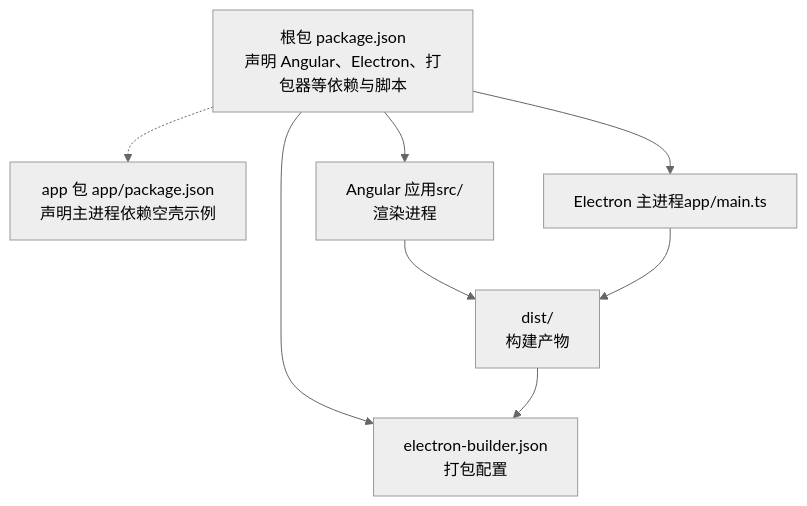
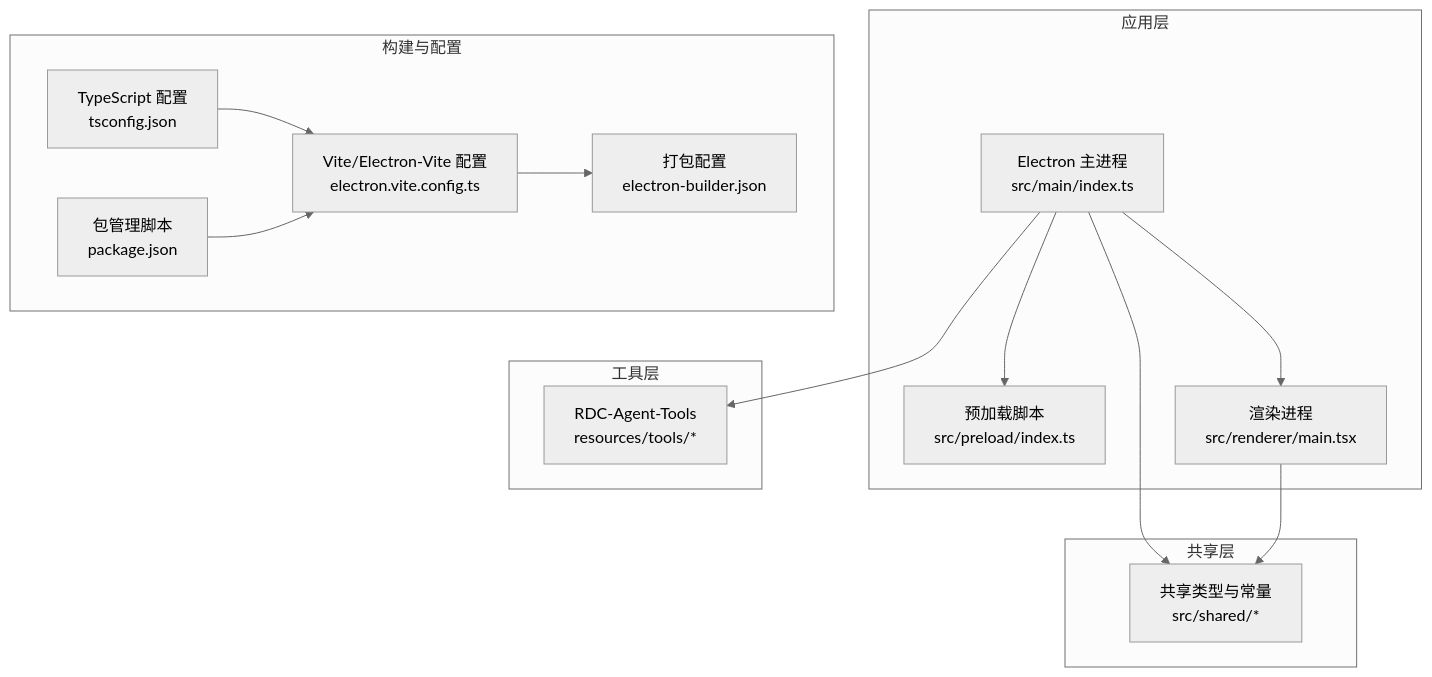
Before and after one commit to haolange/RDC-Agent: the first of 7 diagrams in .qoder/repowiki/zh/content/快速开始.md, drawn with Mermaid (neutral theme). The commit also changed other lines of this file and 5 other files, not shown here.

````diff
--- a/.qoder/repowiki/zh/content/快速开始.md
+++ b/.qoder/repowiki/zh/content/快速开始.md
@@ -48,16 +66,28 @@
 ```mermaid
 graph TB
-RootPkg["根包 package.json<br/>声明 Angular、Electron、打包器等依赖与脚本"]
-AppPkg["app 包 app/package.json<br/>声明主进程依赖空壳示例"]
-Angular["Angular 应用src/<br/>渲染进程"]
-ElectronMain["Electron 主进程app/main.ts"]
-Builder["electron-builder.json<br/>打包配置"]
-Dist["dist/<br/>构建产物"]
-RootPkg --> Angular
-RootPkg --> ElectronMain
-RootPkg --> Builder
-Angular --> Dist
-ElectronMain --> Dist
-Dist --> Builder
-RootPkg -.-> AppPkg
+subgraph "应用层"
+A["Electron 主进程<br/>src/main/index.ts"]
+B["预加载脚本<br/>src/preload/index.ts"]
+C["渲染进程<br/>src/renderer/main.tsx"]
+end
+subgraph "共享层"
+D["共享类型与常量<br/>src/shared/*"]
+end
+subgraph "工具层"
+E["RDC-Agent-Tools<br/>resources/tools/*"]
+end
+subgraph "构建与配置"
+F["TypeScript 配置<br/>tsconfig.json"]
+G["Vite/Electron-Vite 配置<br/>electron.vite.config.ts"]
+H["打包配置<br/>electron-builder.json"]
+I["包管理脚本<br/>package.json"]
+end
+A --> B
+A --> C
+A --> D
+C --> D
+A --> E
+F --> G
+G --> H
+I --> G
 ```
````
